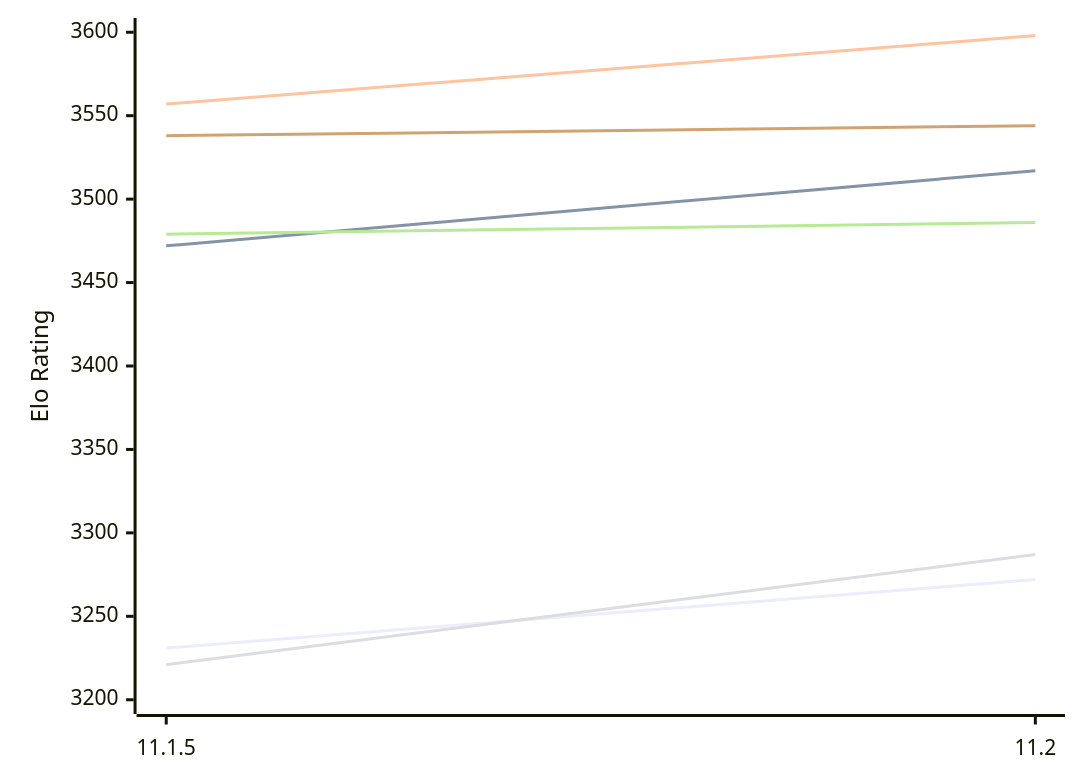
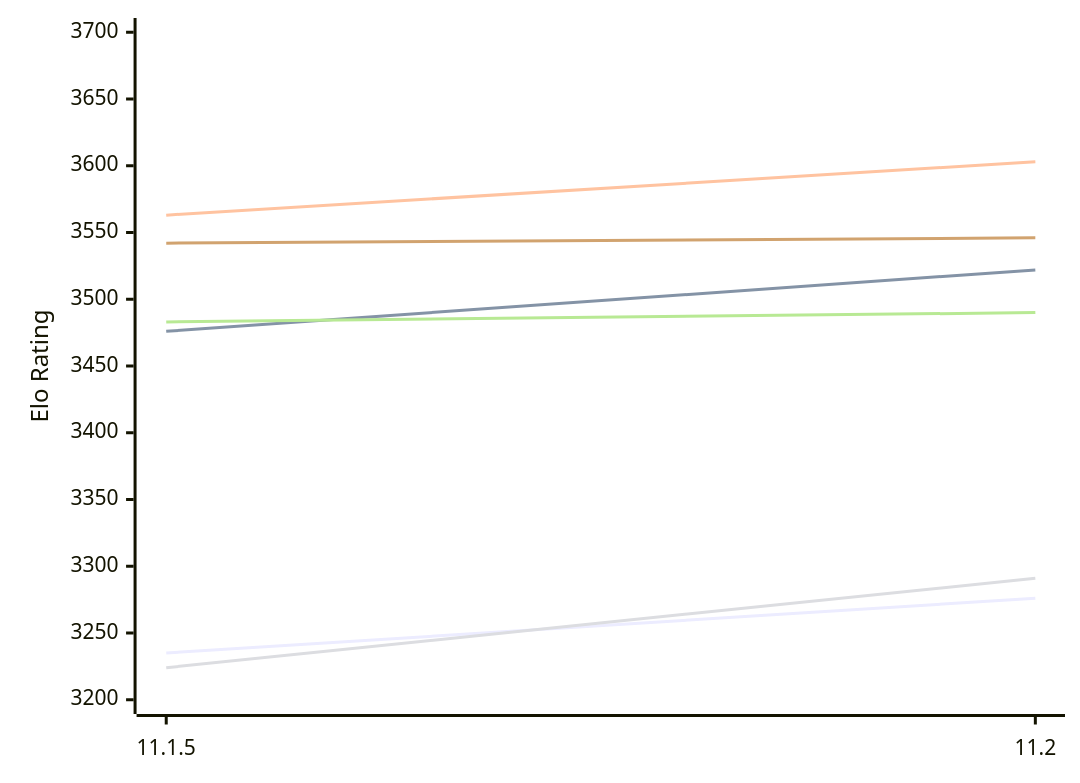
One commit to computer-chess-index/cci changed the first of 2 diagrams in engines/Lizard.md. Above: the diagram before and after it, drawn with Mermaid. The commit also changed other lines of this file, not shown here.

Commit message:
Update CCI Ratings (ELO VLTC) - 2026-11-20

````diff
--- a/engines/Lizard.md
+++ b/engines/Lizard.md
@@ -52,12 +52,12 @@
 ```mermaid
 %%{init: {"theme":"base","themeVariables":{"seriesColors:['#a3a3a3','#222221','#faa371']}}}%%
 xychart-beta
   x-axis ["11.1.5", "11.2"]
-  y-axis "Elo Rating" 3200 --> 3600
-  line "E1: STC (8.0+0.08s)" [3231, 3272]
-  line "E1: LTC (60.0+0.60s)" [3472, 3517]
-  line "E1: VLTC (2m24s+1.12s)" [3557, 3598]
-  line "P1: STC (8.0+0.08s)" [3221, 3287]
-  line "P1: LTC (60.0+0.60s)" [3479, 3486]
-  line "P1: VLTC (2m24s+1.12s)" [3538, 3544]
+  y-axis "Elo Rating" 3200 --> 3700
+  line "E1: STC (8.0+0.08s)" [3235, 3276]
+  line "E1: LTC (60.0+0.60s)" [3476, 3522]
+  line "E1: VLTC (2m24s+1.12s)" [3563, 3603]
+  line "P1: STC (8.0+0.08s)" [3224, 3291]
+  line "P1: LTC (60.0+0.60s)" [3483, 3490]
+  line "P1: VLTC (2m24s+1.12s)" [3542, 3546]
 ```
````
